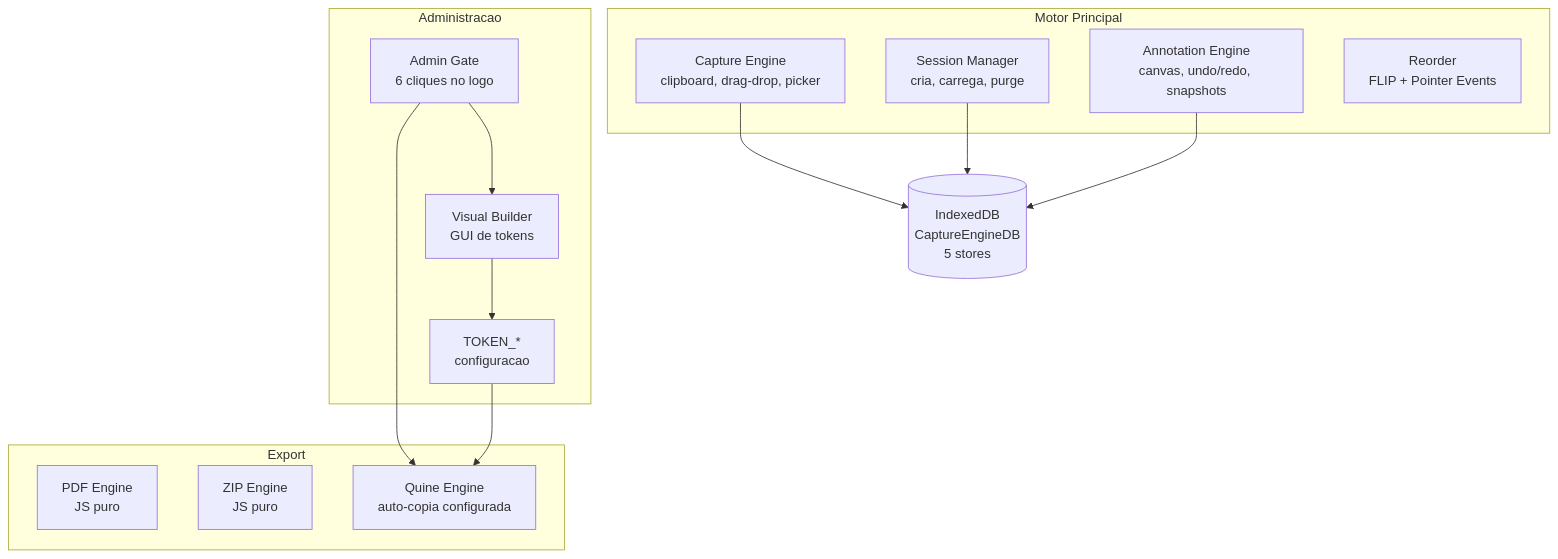
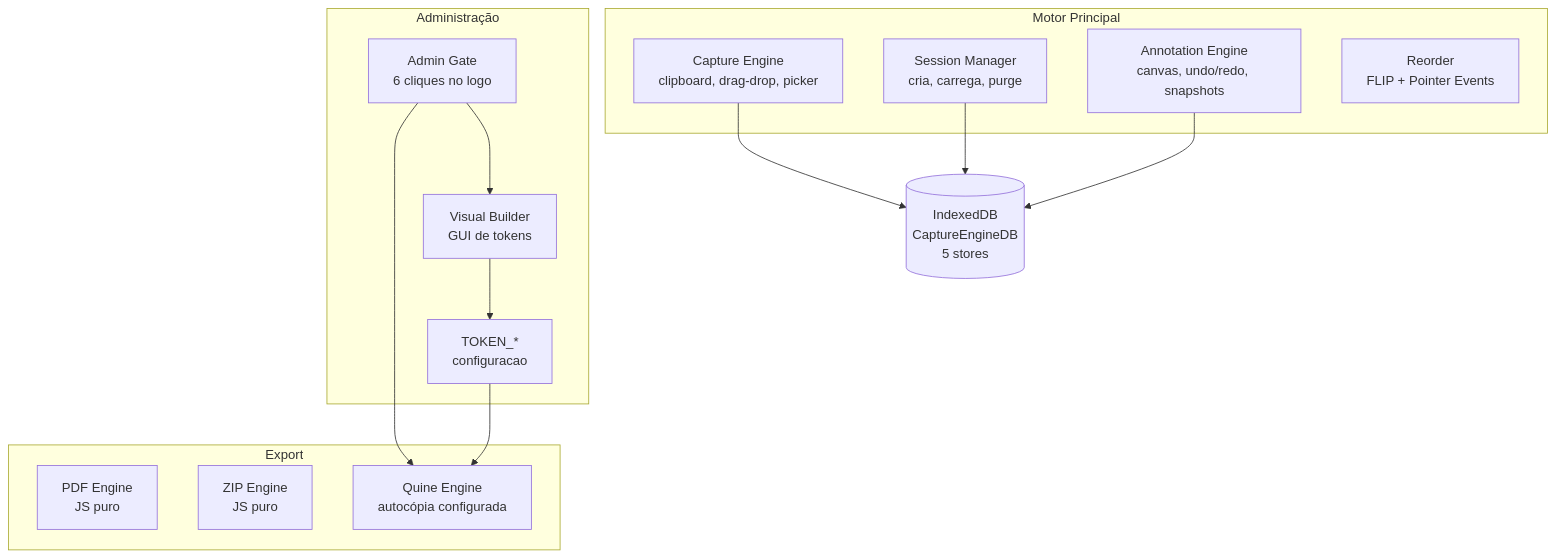
The first of 3 diagrams in README.md (diogocarvalhoinfo/capture-engine), drawn with Mermaid before and after one commit. The commit also changed other lines of this file and 3 other files, not shown here.

````diff
--- a/README.md
+++ b/README.md
@@ -766,27 +743,27 @@
 ```mermaid
 flowchart TD
     subgraph MOTOR["Motor Principal"]
-        SM["Session Manager\ncria, carrega, purge"]
-        CE["Capture Engine\nclipboard, drag-drop, picker"]
-        AN["Annotation Engine\ncanvas, undo/redo, snapshots"]
-        RO["Reorder\nFLIP + Pointer Events"]
+        SM["Session Manager<br>cria, carrega, purge"]
+        CE["Capture Engine<br>clipboard, drag-drop, picker"]
+        AN["Annotation Engine<br>canvas, undo/redo, snapshots"]
+        RO["Reorder<br>FLIP + Pointer Events"]
     end
     subgraph EXPORT["Export"]
-        PDF["PDF Engine\nJS puro"]
-        ZIP["ZIP Engine\nJS puro"]
-        QE["Quine Engine\nauto-copia configurada"]
+        PDF["PDF Engine<br>JS puro"]
+        ZIP["ZIP Engine<br>JS puro"]
+        QE["Quine Engine<br>autocópia configurada"]
     end
-    subgraph ADMIN["Administracao"]
-        VB["Visual Builder\nGUI de tokens"]
-        AG["Admin Gate\n6 cliques no logo"]
-        TK["TOKEN_*\nconfiguracao"]
+    subgraph ADMIN["Administração"]
+        VB["Visual Builder<br>GUI de tokens"]
+        AG["Admin Gate<br>6 cliques no logo"]
+        TK["TOKEN_*<br>configuracao"]
     end
-    IDB[("IndexedDB\nCaptureEngineDB\n5 stores")]
+    IDB[("IndexedDB<br>CaptureEngineDB<br>5 stores")]
     CE --> IDB
     SM --> IDB
     AN --> IDB
     AG --> VB
     AG --> QE
     VB --> TK
     TK --> QE
 ```
````
